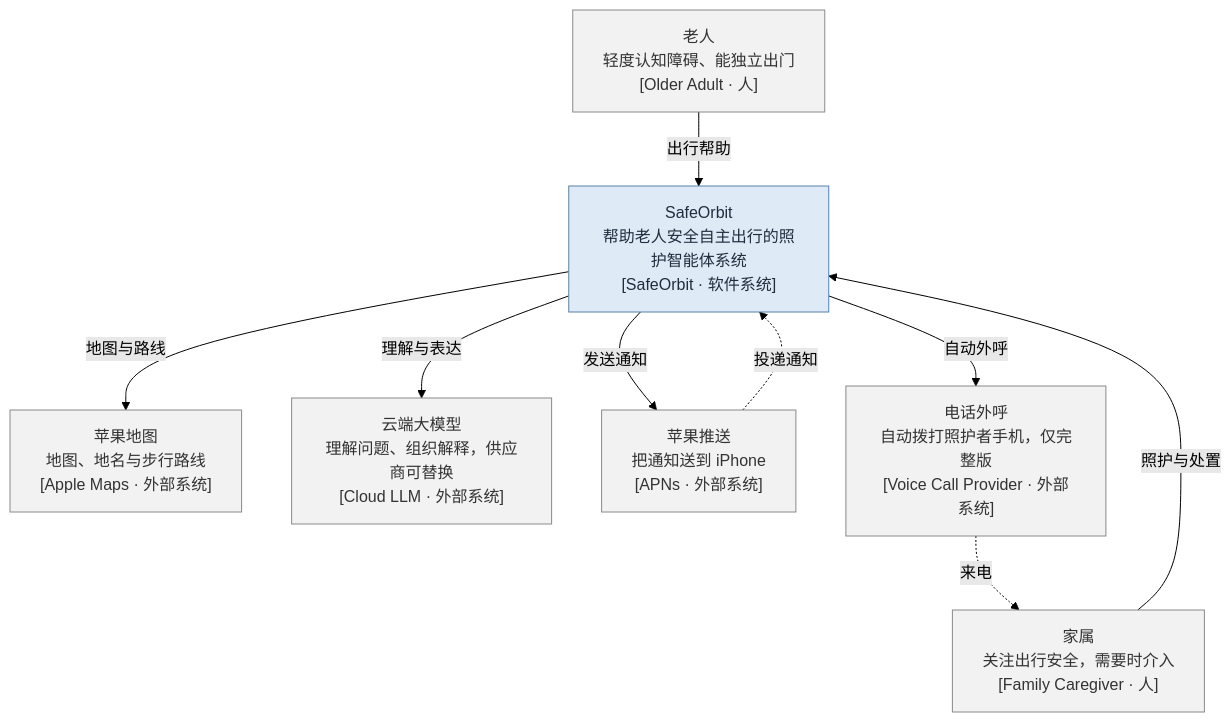
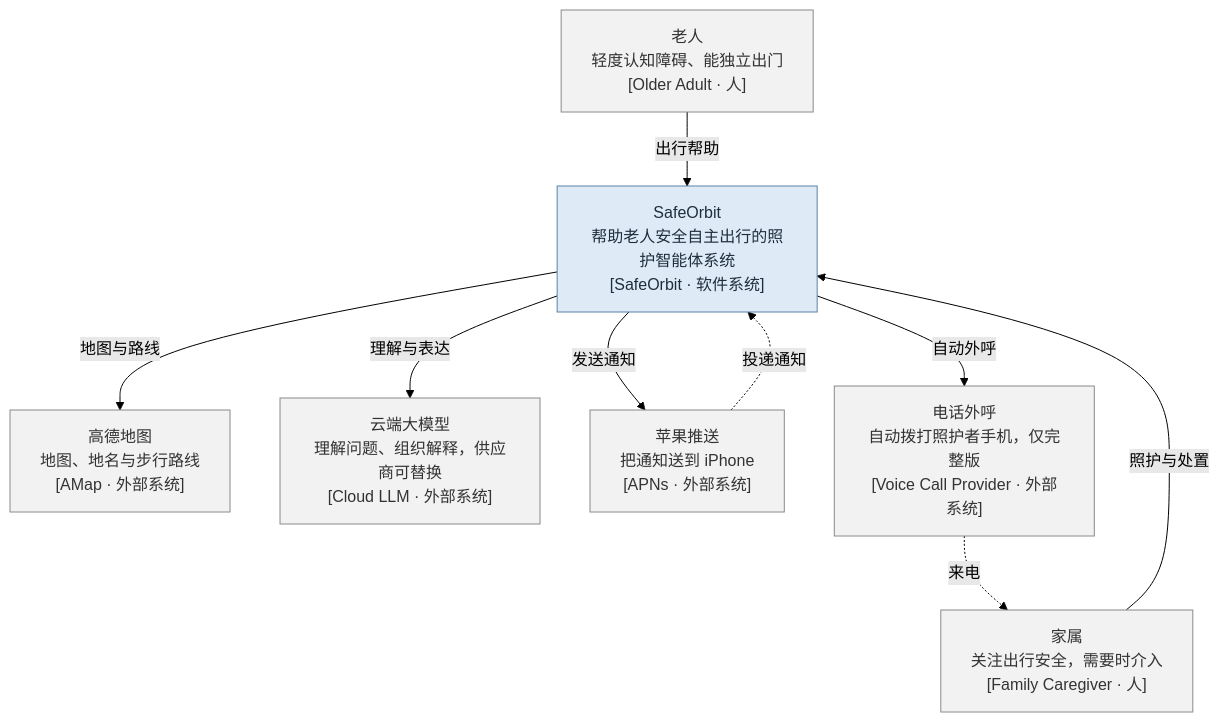
One commit to AoiKazamatsuri/safeorbit changed the first of 4 diagrams in truth/工程架构.md. Above: the diagram before and after it, drawn with Mermaid (forest theme). The commit also changed other lines of this file and 16 other files, not shown here.

````diff
--- a/truth/工程架构.md
+++ b/truth/工程架构.md
@@ -63,24 +67,24 @@
 ```mermaid
 graph TB
     %% name: safeorbit-context
     %% home: safeorbit-context
     OA["老人<br/>轻度认知障碍、能独立出门<br/>[Older Adult · 人]"]
     FC["家属<br/>关注出行安全，需要时介入<br/>[Family Caregiver · 人]"]
     SYS["SafeOrbit<br/>帮助老人安全自主出行的照护智能体系统<br/>[SafeOrbit · 软件系统]"]
-    MAP["苹果地图<br/>地图、地名与步行路线<br/>[Apple Maps · 外部系统]"]
+    MAP["高德地图<br/>地图、地名与步行路线<br/>[AMap · 外部系统]"]
     LLM["云端大模型<br/>理解问题、组织解释，供应商可替换<br/>[Cloud LLM · 外部系统]"]
     APNS["苹果推送<br/>把通知送到 iPhone<br/>[APNs · 外部系统]"]
     TEL["电话外呼<br/>自动拨打照护者手机，仅完整版<br/>[Voice Call Provider · 外部系统]"]
     OA -->|"出行帮助"| SYS
     FC -->|"照护与处置"| SYS
     SYS -->|"地图与路线"| MAP
     SYS -->|"理解与表达"| LLM
     SYS -->|"发送通知"| APNS
     APNS -.->|"投递通知"| SYS
     SYS -->|"自动外呼"| TEL
     TEL -.->|"来电"| FC
     classDef shell fill:#deebf7,stroke:#5b81a8,color:#1f2d3d
     classDef ext fill:#f2f2f2,stroke:#8a8a8a,color:#333333
     class SYS shell
     class OA,FC,MAP,LLM,APNS,TEL ext
 ```
````
